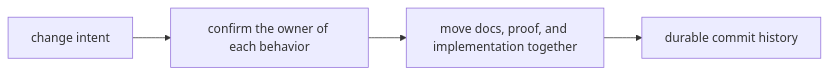
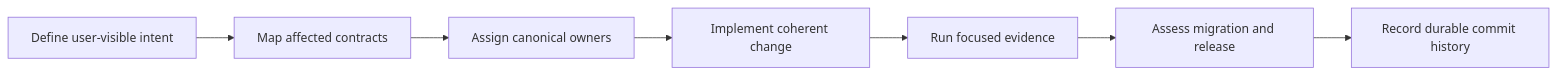
The first of 2 diagrams in docs/01-bijux-canon/operations/change-management.md (bijux/bijux-canon), drawn with Mermaid before and after one commit. The commit also changed other lines of this file and 1 other file, not shown here.

Commit message:
docs(operations): define change and validation workflow

````diff
--- a/docs/01-bijux-canon/operations/change-management.md
+++ b/docs/01-bijux-canon/operations/change-management.md
@@ -16,9 +16,9 @@
 ```mermaid
 flowchart LR
-    intent["change intent"]
-    owner["confirm the owner of each behavior"]
-    series["move docs, proof, and implementation together"]
-    history["durable commit history"]
-
-    intent --> owner --> series --> history
+    intent[Define user-visible intent] --> impact[Map affected contracts]
+    impact --> owner[Assign canonical owners]
+    owner --> implementation[Implement coherent change]
+    implementation --> evidence[Run focused evidence]
+    evidence --> compatibility[Assess migration and release]
+    compatibility --> history[Record durable commit history]
 ```
````
